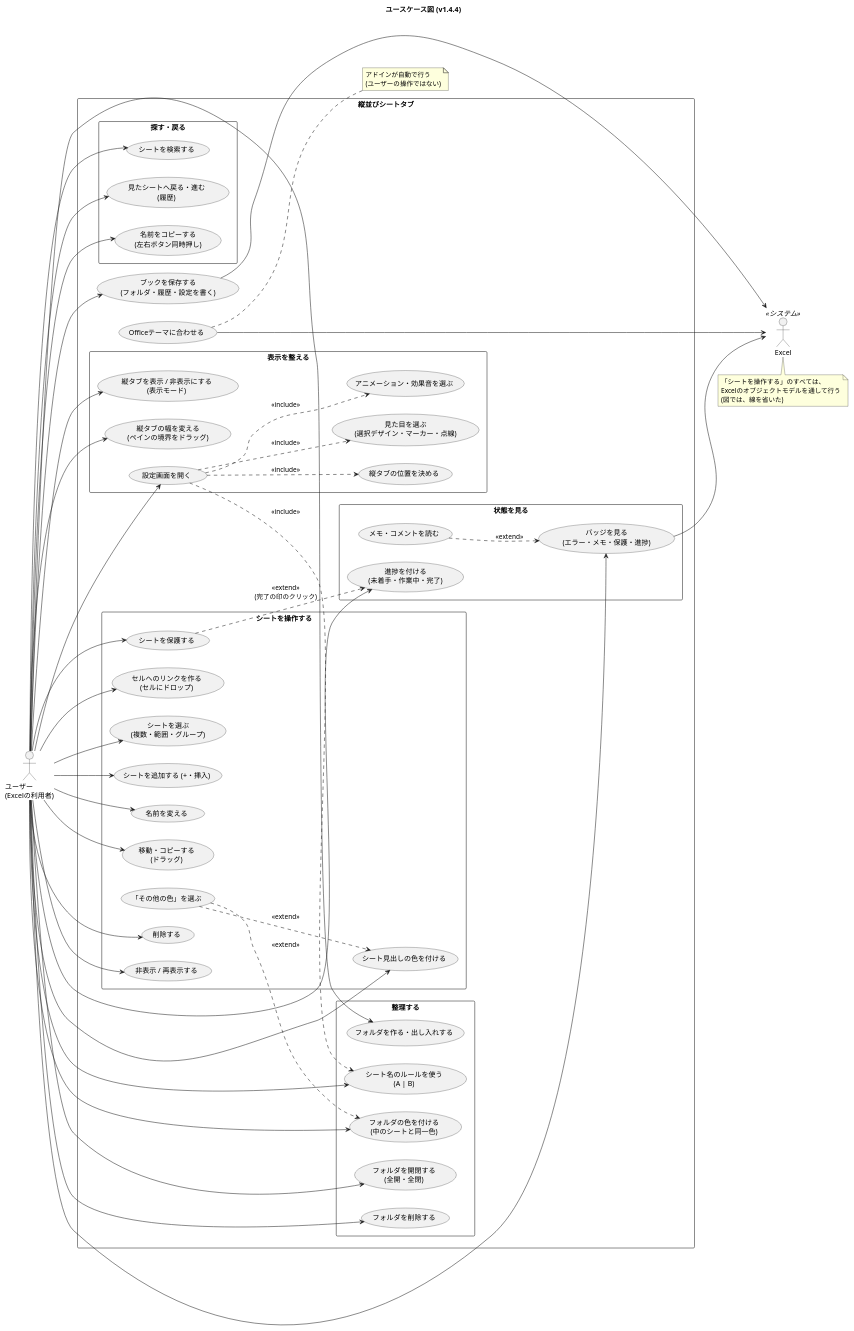
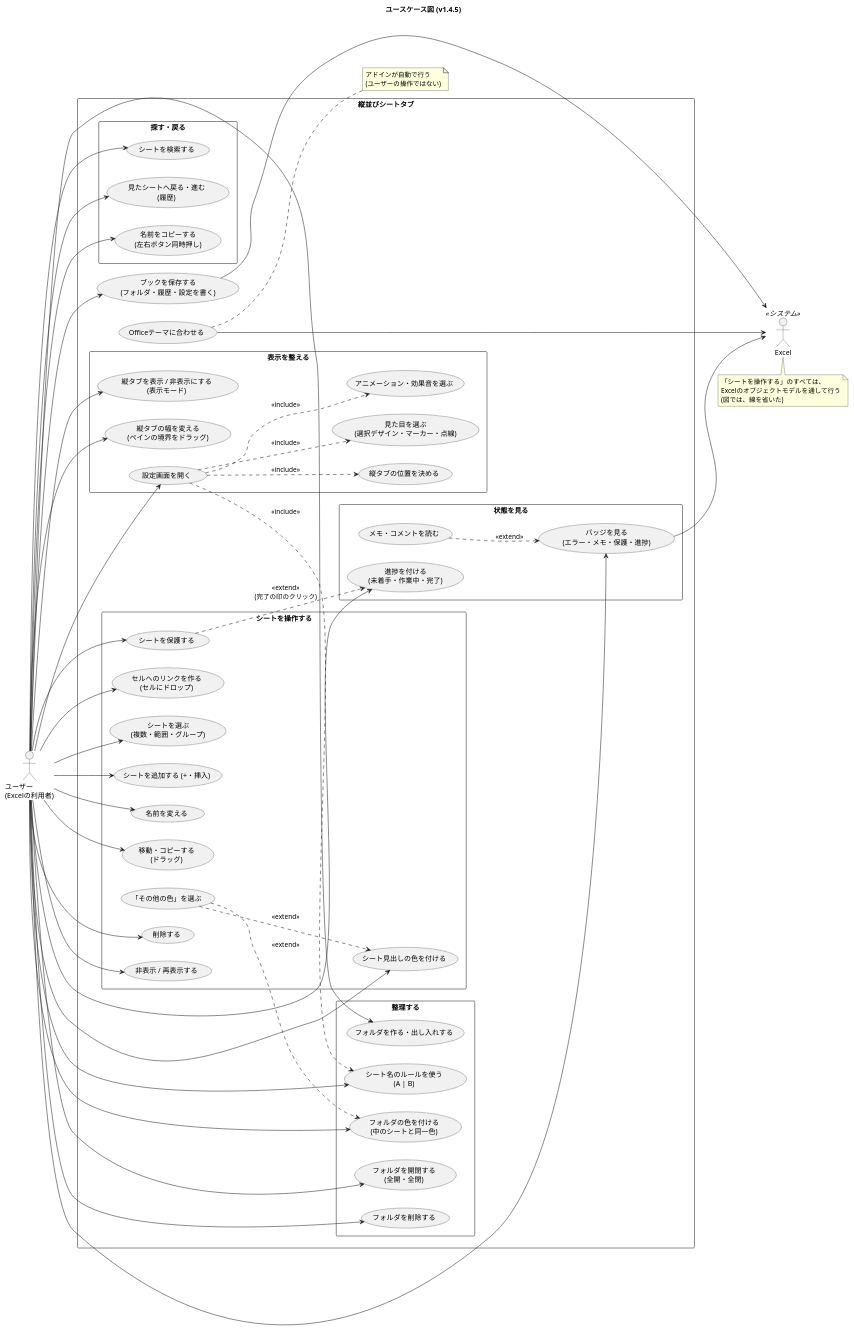
One commit to nk-taka623/VerticalSheetTabs changed the diagram in docs/usecase.puml. Above: the diagram before and after it, drawn with PlantUML. The commit also changed 14 other files, not shown here.

Commit message:
v1.4.5 にする (バージョン、README の変更点、設計図の版数)

```diff
--- a/docs/usecase.puml
+++ b/docs/usecase.puml
@@ -1,105 +1,105 @@
 @startuml
-title ユースケース図 (v1.4.4)
+title ユースケース図 (v1.4.5)
 left to right direction
 skinparam shadowing false
 skinparam packageStyle rectangle
 
 actor "ユーザー\n(Excelの利用者)" as U
 actor "Excel" as XL <<システム>>
 
 rectangle "縦並びシートタブ" {
 
   package "シートを操作する" {
     usecase "シートを選ぶ\n(複数・範囲・グループ)" as UC_SEL
     usecase "シートを追加する (+・挿入)" as UC_ADD
     usecase "名前を変える" as UC_REN
     usecase "移動・コピーする\n(ドラッグ)" as UC_MOVE
     usecase "削除する" as UC_DEL
     usecase "非表示 / 再表示する" as UC_HIDE
     usecase "シート見出しの色を付ける" as UC_COLOR
     usecase "「その他の色」を選ぶ" as UC_MORE
     usecase "シートを保護する" as UC_PROT
     usecase "セルへのリンクを作る\n(セルにドロップ)" as UC_LINK
   }
 
   package "整理する" {
     usecase "フォルダを作る・出し入れする" as UC_FOLDER
     usecase "フォルダを開閉する\n(全開・全閉)" as UC_TOGGLE
     usecase "フォルダの色を付ける\n(中のシートと同一色)" as UC_FCOLOR
     usecase "フォルダを削除する" as UC_FDEL
     usecase "シート名のルールを使う\n(A | B)" as UC_RULE
   }
 
   package "探す・戻る" {
     usecase "シートを検索する" as UC_SEARCH
     usecase "見たシートへ戻る・進む\n(履歴)" as UC_HIST
     usecase "名前をコピーする\n(左右ボタン同時押し)" as UC_COPY
   }
 
   package "状態を見る" {
     usecase "バッジを見る\n(エラー・メモ・保護・進捗)" as UC_BADGE
     usecase "メモ・コメントを読む" as UC_MEMO
     usecase "進捗を付ける\n(未着手・作業中・完了)" as UC_PROG
   }
 
   package "表示を整える" {
     usecase "縦タブを表示 / 非表示にする\n(表示モード)" as UC_MODE
     usecase "縦タブの位置を決める" as UC_SIDE
     usecase "縦タブの幅を変える\n(ペインの境界をドラッグ)" as UC_WIDTH
     usecase "設定画面を開く" as UC_SET
     usecase "見た目を選ぶ\n(選択デザイン・マーカー・点線)" as UC_LOOK
     usecase "アニメーション・効果音を選ぶ" as UC_ANIM
   }
 
   usecase "ブックを保存する\n(フォルダ・履歴・設定を書く)" as UC_SAVE
   usecase "Officeテーマに合わせる" as UC_THEME
 }
 
 U --> UC_SEL
 U --> UC_ADD
 U --> UC_REN
 U --> UC_MOVE
 U --> UC_DEL
 U --> UC_HIDE
 U --> UC_COLOR
 U --> UC_PROT
 U --> UC_LINK
 U --> UC_FOLDER
 U --> UC_TOGGLE
 U --> UC_FCOLOR
 U --> UC_FDEL
 U --> UC_RULE
 U --> UC_SEARCH
 U --> UC_HIST
 U --> UC_COPY
 U --> UC_BADGE
 U --> UC_PROG
 U --> UC_MODE
 U --> UC_WIDTH
 U --> UC_SET
 U --> UC_SAVE
 
 UC_MORE ..> UC_COLOR : <<extend>>
 UC_MORE ..> UC_FCOLOR : <<extend>>
 UC_MEMO ..> UC_BADGE : <<extend>>
 UC_PROT ..> UC_PROG : <<extend>>\n(完了の印のクリック)
 UC_SET ..> UC_SIDE : <<include>>
 UC_SET ..> UC_LOOK : <<include>>
 UC_SET ..> UC_ANIM : <<include>>
 UC_SET ..> UC_RULE : <<include>>
 
 UC_SAVE --> XL
 UC_THEME --> XL
 UC_BADGE --> XL
 
 note bottom of XL
   「シートを操作する」のすべては、
   Excelのオブジェクトモデルを通して行う
   (図では、線を省いた)
 end note
 
 note right of UC_THEME
   アドインが自動で行う
   (ユーザーの操作ではない)
 end note
 @enduml
```
